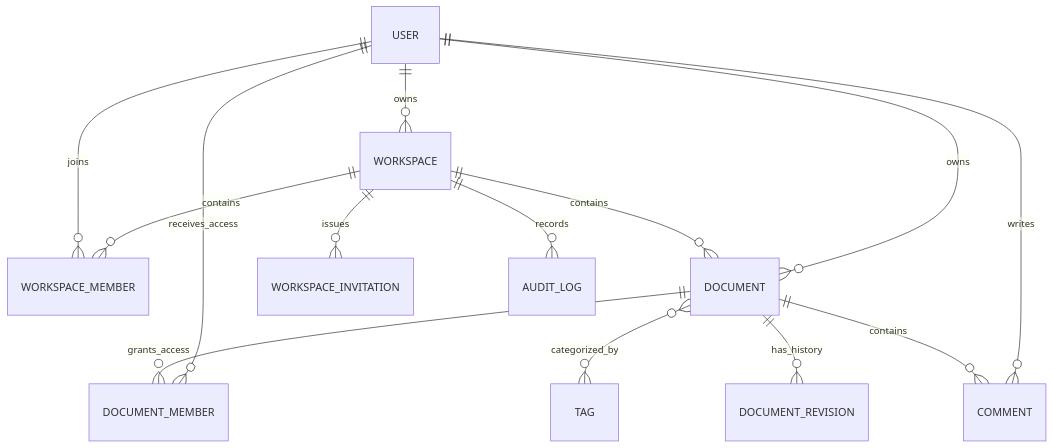
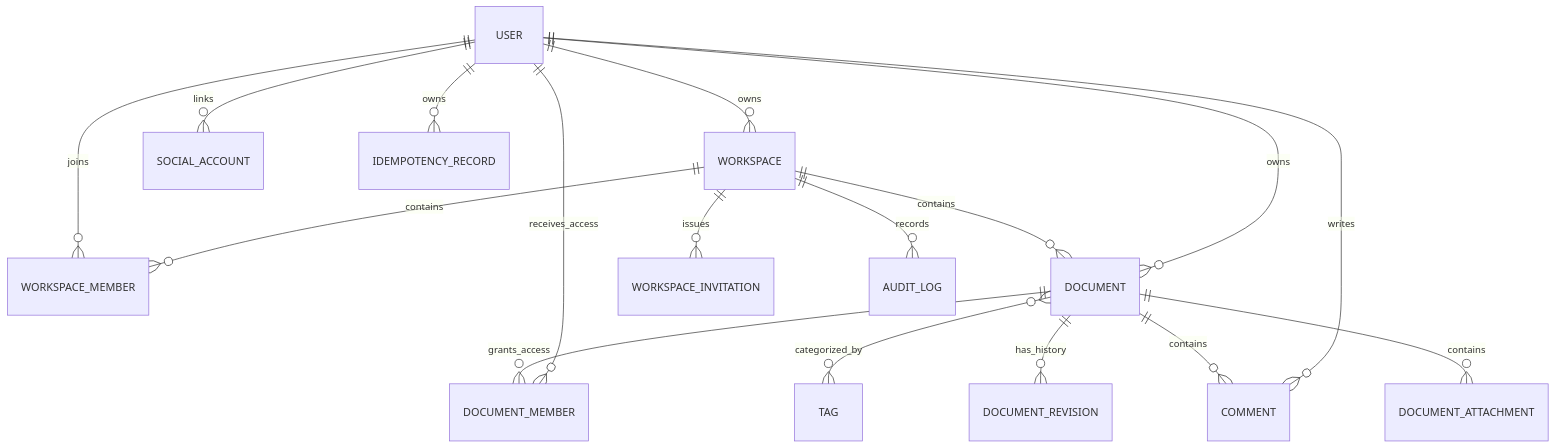
The diagram in README.md (Arnoldshaju/Zeal), drawn with Mermaid before and after one commit. The commit also changed other lines of this file, not shown here.

````diff
--- a/README.md
+++ b/README.md
@@ -100,16 +120,19 @@
 ```mermaid
 erDiagram
     USER ||--o{ WORKSPACE : owns
     USER ||--o{ WORKSPACE_MEMBER : joins
     WORKSPACE ||--o{ WORKSPACE_MEMBER : contains
     WORKSPACE ||--o{ DOCUMENT : contains
     USER ||--o{ DOCUMENT : owns
     DOCUMENT ||--o{ DOCUMENT_MEMBER : grants_access
     USER ||--o{ DOCUMENT_MEMBER : receives_access
     DOCUMENT }o--o{ TAG : categorized_by
     DOCUMENT ||--o{ DOCUMENT_REVISION : has_history
     DOCUMENT ||--o{ COMMENT : contains
+    DOCUMENT ||--o{ DOCUMENT_ATTACHMENT : contains
     USER ||--o{ COMMENT : writes
+    USER ||--o{ SOCIAL_ACCOUNT : links
+    USER ||--o{ IDEMPOTENCY_RECORD : owns
     WORKSPACE ||--o{ WORKSPACE_INVITATION : issues
     WORKSPACE ||--o{ AUDIT_LOG : records
 ```
````
